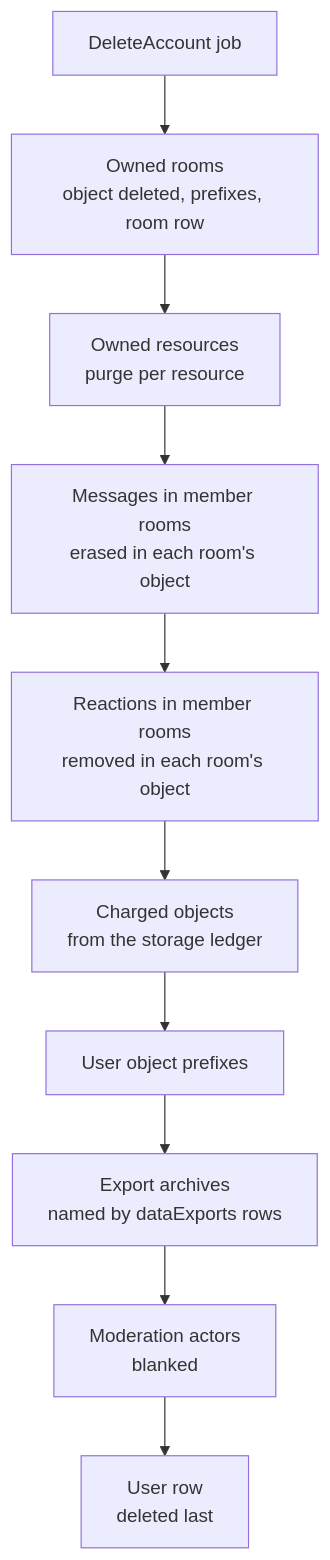
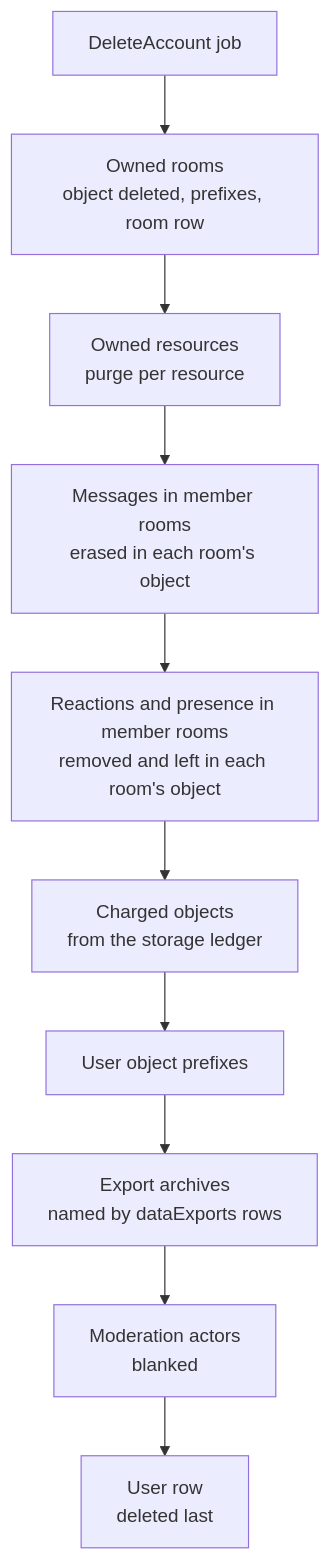
One commit to Esposter/Esposter changed the second of 2 diagrams in openspec/specs/user/account-deletion/design.md. Above: the diagram before and after it, drawn with Mermaid. The commit also changed other lines of this file and 7 other files, not shown here.

````diff
--- a/openspec/specs/user/account-deletion/design.md
+++ b/openspec/specs/user/account-deletion/design.md
@@ -34,12 +34,12 @@
 ```mermaid
 flowchart TD
   Job["DeleteAccount job"] --> Rooms["Owned rooms<br/>object deleted, prefixes, room row"]
   Rooms --> Resources["Owned resources<br/>purge per resource"]
   Resources --> Messages["Messages in member rooms<br/>erased in each room's object"]
-  Messages --> Reactions["Reactions in member rooms<br/>removed in each room's object"]
+  Messages --> Reactions["Reactions and presence in member rooms<br/>removed and left in each room's object"]
   Reactions --> Charged["Charged objects<br/>from the storage ledger"]
   Charged --> Prefixes["User object prefixes"]
   Prefixes --> Exports["Export archives<br/>named by dataExports rows"]
   Exports --> Actors["Moderation actors<br/>blanked"]
   Actors --> User["User row<br/>deleted last"]
 ```
````
